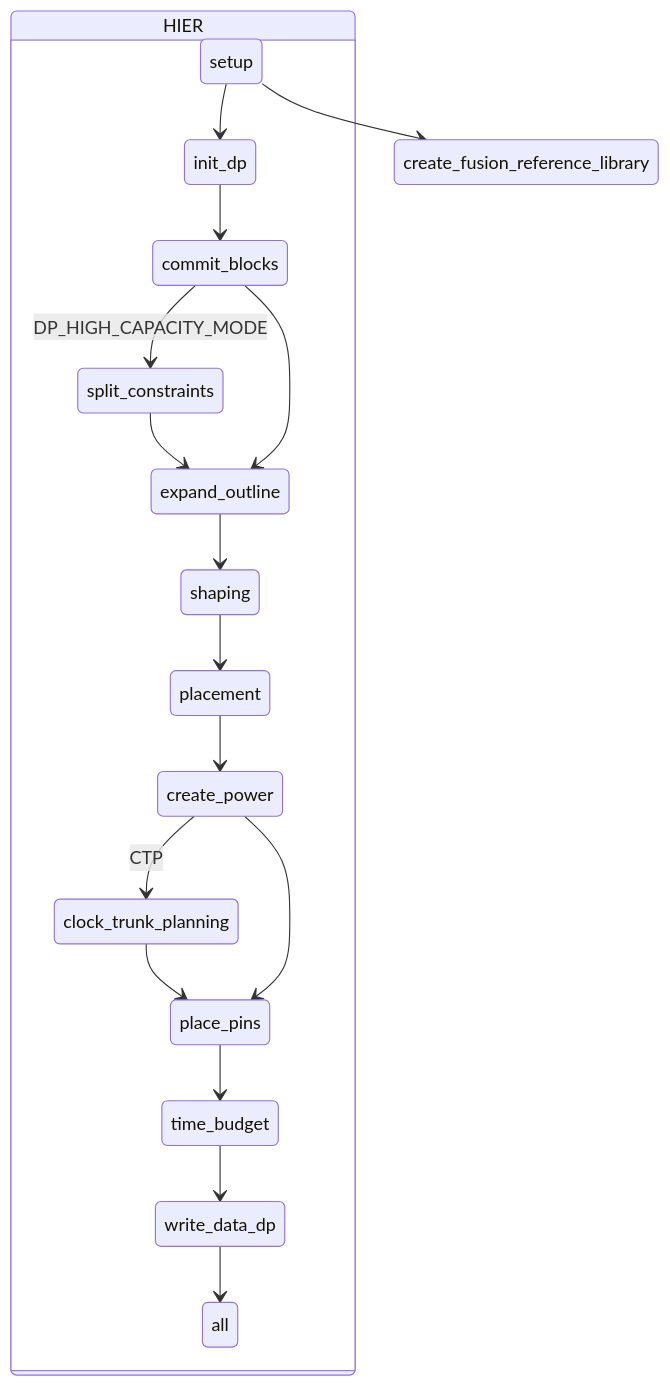
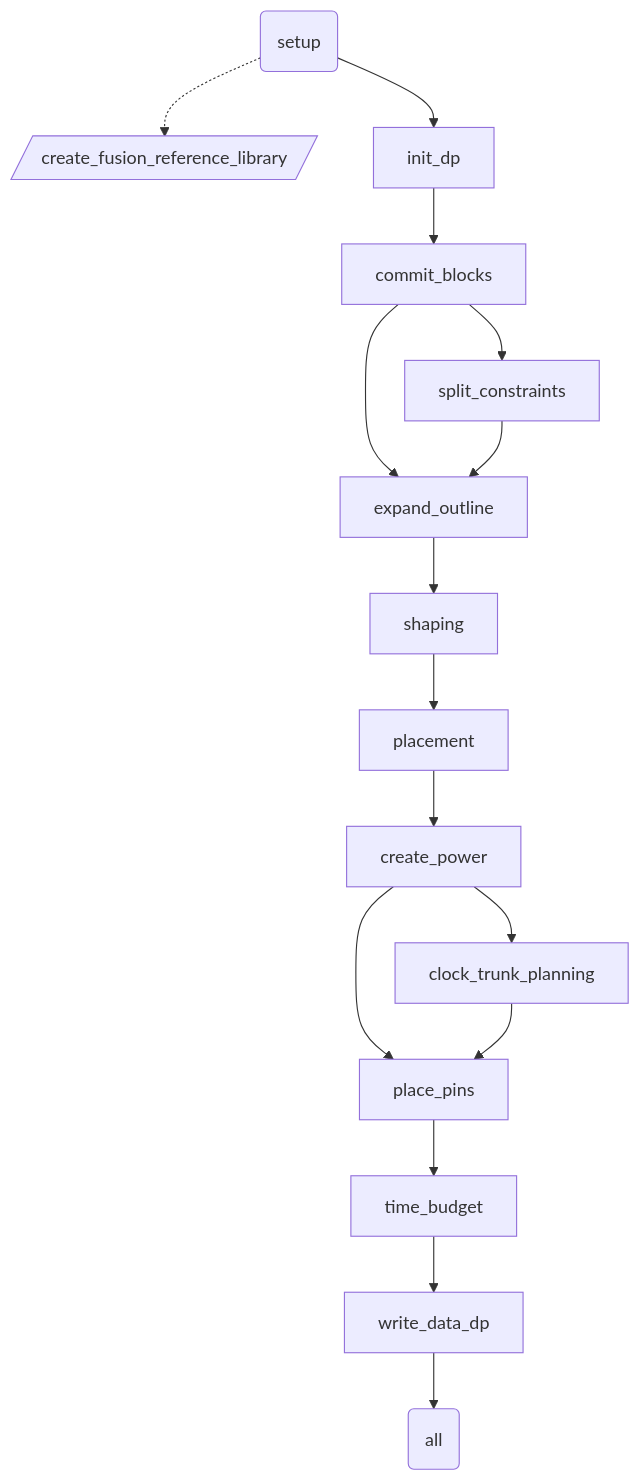
One commit to plusisland/ICC2 changed the third of 4 diagrams in ICC2DP.md. Above: the diagram before and after it, drawn with Mermaid. The commit also changed other lines of this file, not shown here.

````diff
--- a/ICC2DP.md
+++ b/ICC2DP.md
@@ -160,20 +166,20 @@
 ```mermaid
-stateDiagram-v2
-    setup --> create_fusion_reference_library
-state HIER {	
-    setup --> init_dp
-    init_dp --> commit_blocks
-    commit_blocks --> split_constraints:DP_HIGH_CAPACITY_MODE
+flowchart TD
+    setup["setup"] -.-> create_fusion_reference_library["create_fusion_reference_library"]
+    setup --> init_dp["init_dp"]
+    init_dp --> commit_blocks["commit_blocks"]
+    commit_blocks --> expand_outline["expand_outline"] & split_constraints["split_constraints"]
     split_constraints --> expand_outline
-    commit_blocks --> expand_outline
-    expand_outline --> shaping
-    shaping --> placement
-    placement --> create_power
-    create_power --> clock_trunk_planning:CTP
+    expand_outline --> shaping["shaping"]
+    shaping --> placement["placement"]
+    placement --> create_power["create_power"]
+    create_power --> clock_trunk_planning["clock_trunk_planning"] & place_pins["place_pins"]
     clock_trunk_planning --> place_pins
-    create_power --> place_pins
-    place_pins --> time_budget
-    time_budget --> write_data_dp
-    write_data_dp --> all
-}
+    place_pins --> time_budget["time_budget"]
+    time_budget --> write_data_dp["write_data_dp"]
+    write_data_dp --> all["all"]
+
+    setup@{ shape: rounded}
+    create_fusion_reference_library@{ shape: lean-r}
+    all@{ shape: rounded}
 ```
````
